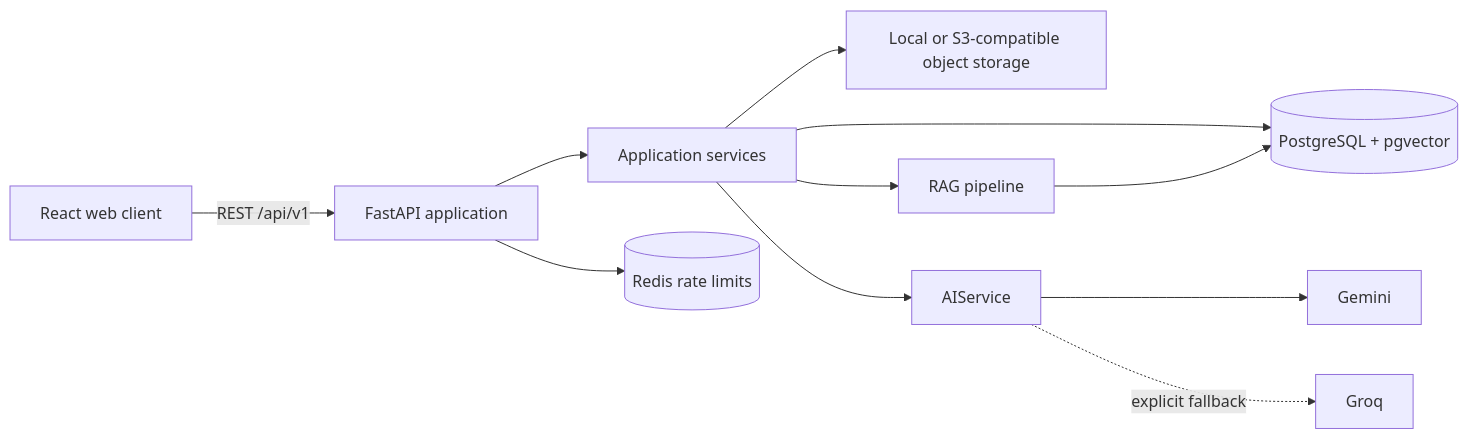
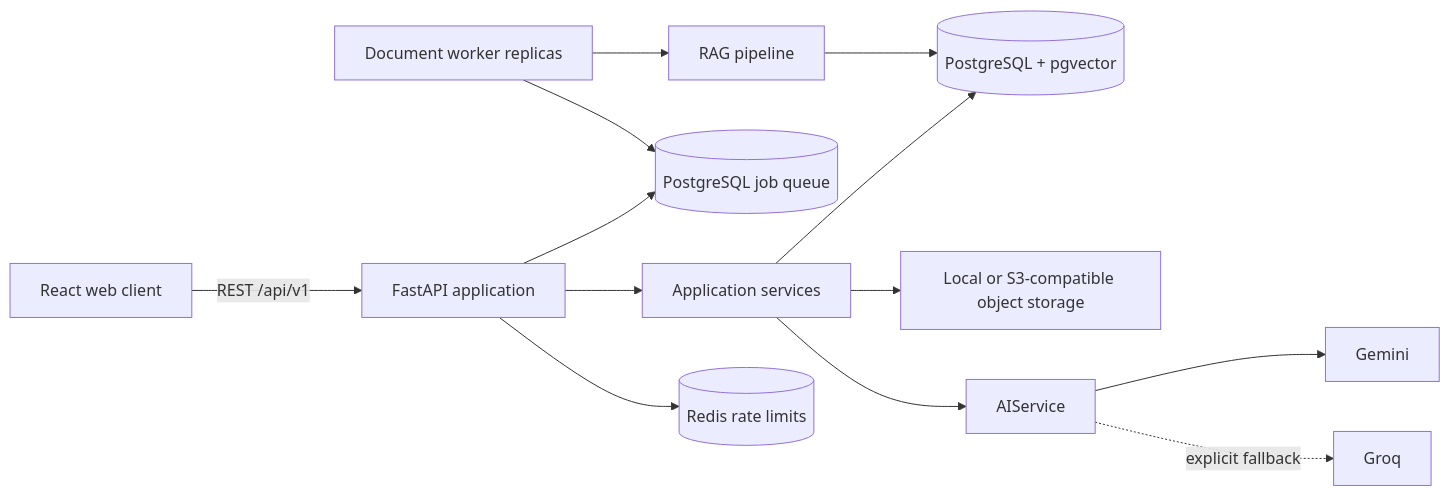
The diagram in README.md (Leandrosp9/webapp-workflix), drawn with Mermaid before and after one commit. The commit also changed other lines of this file and 23 other files, not shown here.

````diff
--- a/README.md
+++ b/README.md
@@ -83,13 +84,15 @@
 ```mermaid
 flowchart LR
     Browser[React web client] -->|REST /api/v1| API[FastAPI application]
     API --> Services[Application services]
+    API --> Queue[(PostgreSQL job queue)]
+    Worker[Document worker replicas] --> Queue
+    Worker --> RAG[RAG pipeline]
     Services --> DB[(PostgreSQL + pgvector)]
     Services --> Storage[Local or S3-compatible object storage]
     API --> Redis[(Redis rate limits)]
     Services --> AI[AIService]
     AI --> Gemini[Gemini]
     AI -. explicit fallback .-> Groq[Groq]
-    Services --> RAG[RAG pipeline]
     RAG --> DB
 ```
````
